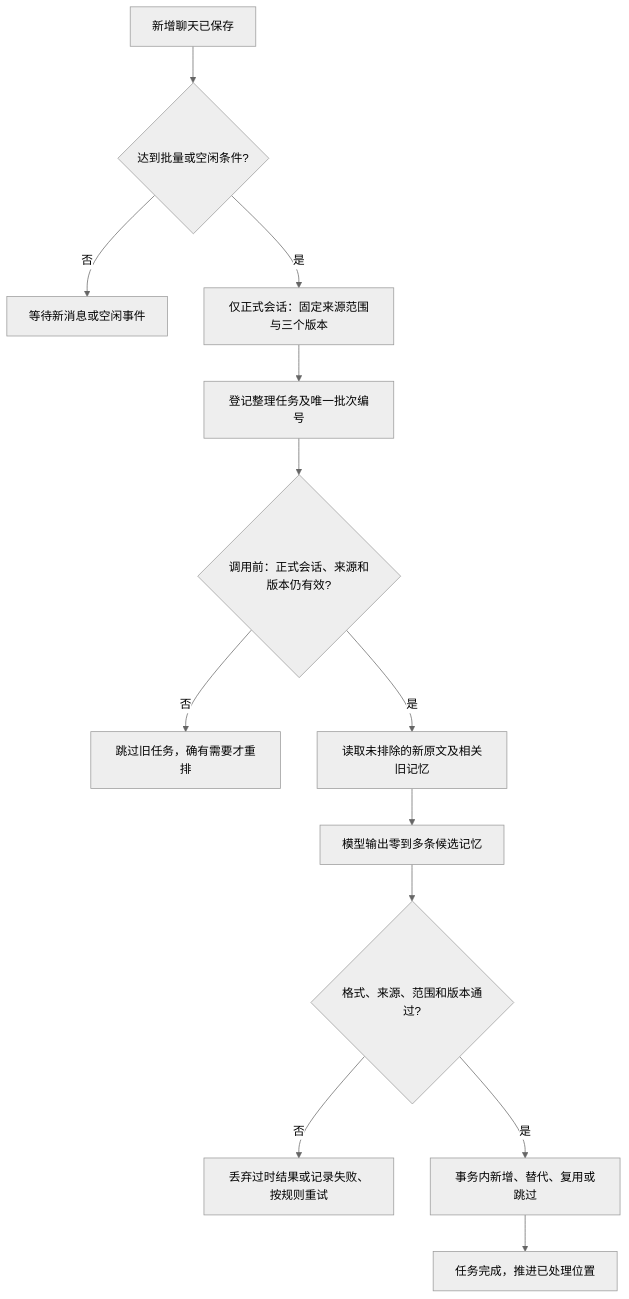
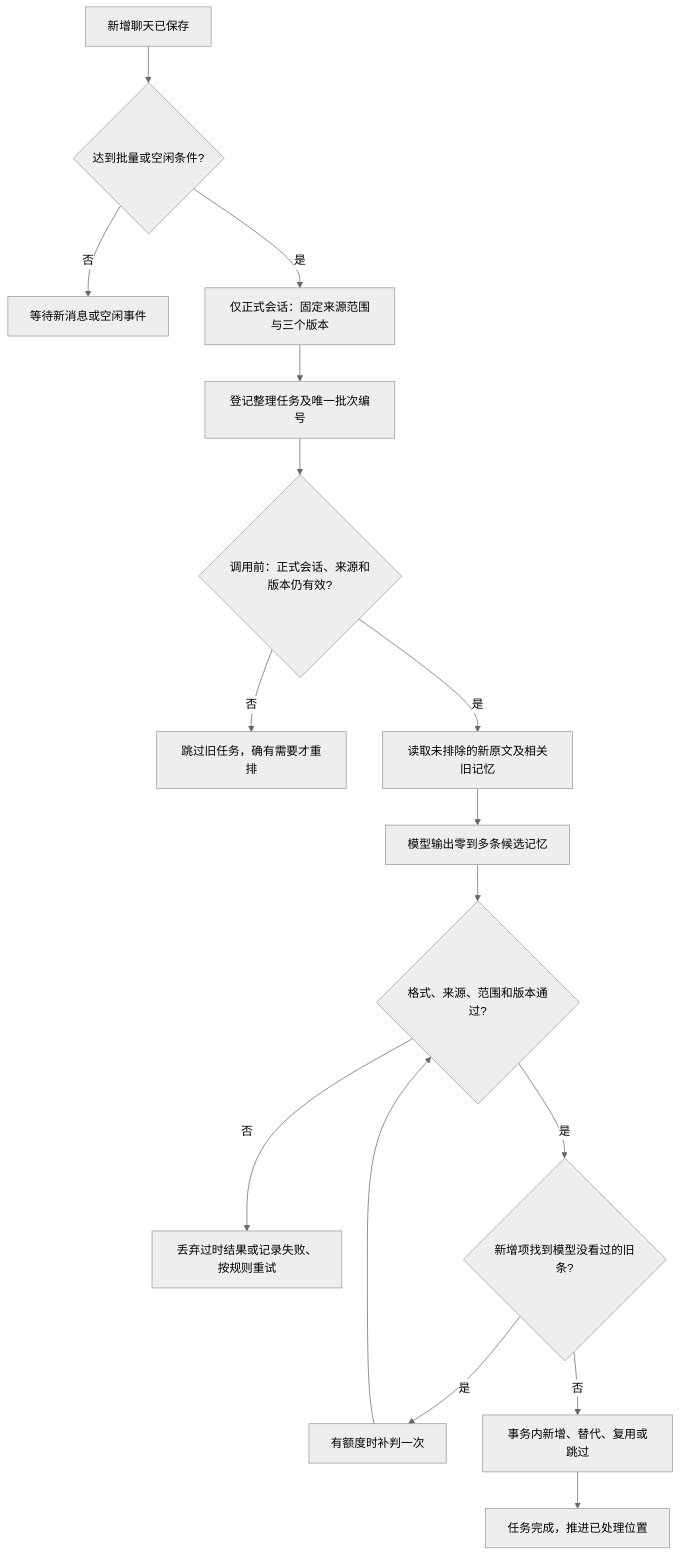
One commit to DA-cpu1/NenNen changed the second of 3 diagrams in docs/sdd/04-Agent工具与运行流程.md. Above: the diagram before and after it, drawn with Mermaid (neutral theme). The commit also changed other lines of this file and 9 other files, not shown here.

````diff
--- a/docs/sdd/04-Agent工具与运行流程.md
+++ b/docs/sdd/04-Agent工具与运行流程.md
@@ -132,15 +132,18 @@
 ```mermaid
 flowchart TD
     A[新增聊天已保存] --> B{达到批量或空闲条件?}
     B -->|否| Z[等待新消息或空闲事件]
     B -->|是| C[仅正式会话：固定来源范围与三个版本]
     C --> D[登记整理任务及唯一批次编号]
     D --> E{调用前：正式会话、来源和版本仍有效?}
     E -->|否| K[跳过旧任务，确有需要才重排]
     E -->|是| L[读取未排除的新原文及相关旧记忆]
     L --> F[模型输出零到多条候选记忆]
     F --> G{格式、来源、范围和版本通过?}
     G -->|否| H[丢弃过时结果或记录失败、按规则重试]
-    G -->|是| I[事务内新增、替代、复用或跳过]
+    G -->|是| N{新增项找到模型没看过的旧条?}
+    N -->|是| P[有额度时补判一次]
+    P --> G
+    N -->|否| I[事务内新增、替代、复用或跳过]
     I --> J[任务完成，推进已处理位置]
 ```
````
